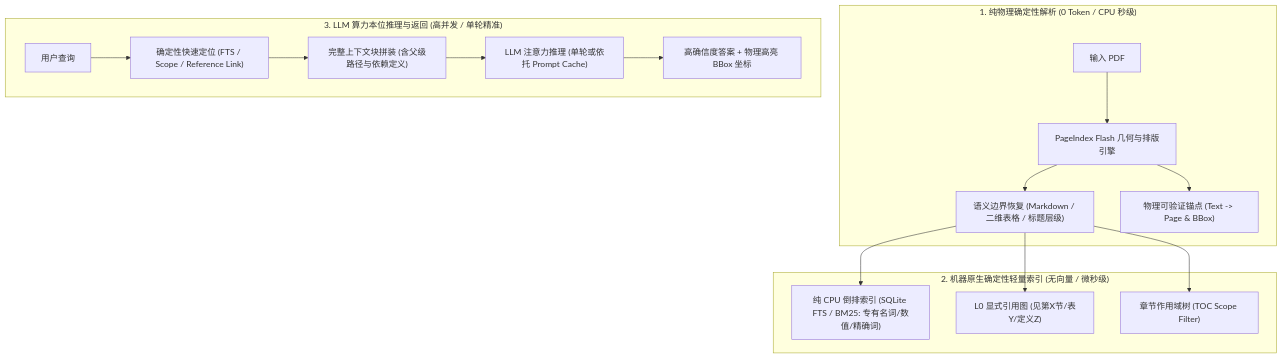
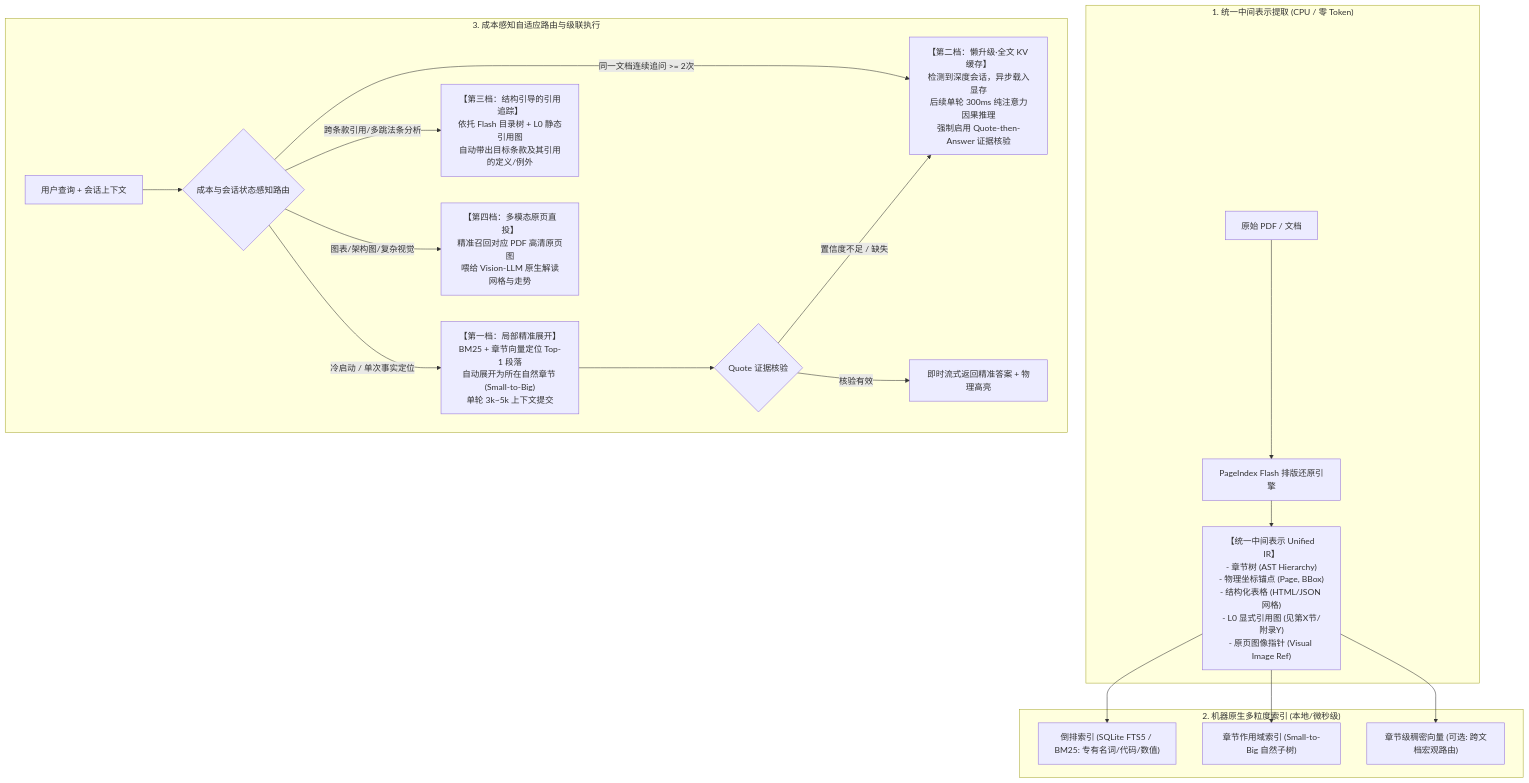
Before and after one commit to forpersuit/Mycelium: the diagram in docs/explore/llm-native-document-retrieval-analysis.md, drawn with Mermaid. The commit also changed other lines of this file, not shown here.

````diff
--- a/docs/explore/llm-native-document-retrieval-analysis.md
+++ b/docs/explore/llm-native-document-retrieval-analysis.md
@@ -67,21 +68,29 @@
 ```mermaid
 flowchart TD
-    subgraph S1["1. 纯物理确定性解析 (0 Token / CPU 秒级)"]
-        PDF["输入 PDF"] --> Flash["PageIndex Flash 几何与排版引擎"]
-        Flash --> Layout["语义边界恢复 (Markdown / 二维表格 / 标题层级)"]
-        Flash --> Anchors["物理可验证锚点 (Text -> Page & BBox)"]
+    subgraph Ingestion["1. 统一中间表示提取 (CPU / 零 Token)"]
+        PDF["原始 PDF / 文档"] --> Flash["PageIndex Flash 排版还原引擎"]
+        Flash --> IR["【统一中间表示 Unified IR】\n- 章节树 (AST Hierarchy)\n- 物理坐标锚点 (Page, BBox)\n- 结构化表格 (HTML/JSON 网格)\n- L0 显式引用图 (见第X节/附录Y)\n- 原页图像指针 (Visual Image Ref)"]
     end
 
-    subgraph S2["2. 机器原生确定性轻量索引 (无向量 / 微秒级)"]
-        Layout --> FTS["纯 CPU 倒排索引 (SQLite FTS / BM25: 专有名词/数值/精确词)"]
-        Layout --> RefGraph["L0 显式引用图 (见第X节/表Y/定义Z)"]
-        Layout --> ScopeTree["章节作用域树 (TOC Scope Filter)"]
+    subgraph Indexing["2. 机器原生多粒度索引 (本地/微秒级)"]
+        IR --> BM25["倒排索引 (SQLite FTS5 / BM25: 专有名词/代码/数值)"]
+        IR --> TreeIdx["章节作用域索引 (Small-to-Big 自然子树)"]
+        IR --> DenseIdx["章节级稠密向量 (可选: 跨文档宏观路由)"]
     end
 
-    subgraph S3["3. LLM 算力本位推理与返回 (高并发 / 单轮精准)"]
-        Query["用户查询"] --> Candidate["确定性快速定位 (FTS / Scope / Reference Link)"]
-        Candidate --> Assemble["完整上下文块拼装 (含父级路径与依赖定义)"]
-        Assemble --> AttentionEngine["LLM 注意力推理 (单轮或依托 Prompt Cache)"]
-        AttentionEngine --> Result["高确信度答案 + 物理高亮 BBox 坐标"]
+    subgraph QueryExecution["3. 成本感知自适应路由与级联执行"]
+        Query["用户查询 + 会话上下文"] --> Router{"成本与会话状态感知路由"}
+
+        Router -->|冷启动 / 单次事实定位| Tier1["【第一档：局部精准展开】\nBM25 + 章节向量定位 Top-1 段落\n自动展开为所在自然章节 (Small-to-Big)\n单轮 3k~5k 上下文提交"]
+        
+        Router -->|同一文档连续追问 >= 2次| Tier2["【第二档：懒升级·全文 KV 缓存】\n检测到深度会话，异步载入显存\n后续单轮 300ms 纯注意力因果推理\n强制启用 Quote-then-Answer 证据核验"]
+
+        Router -->|跨条款引用/多跳法条分析| Tier3["【第三档：结构引导的引用追踪】\n依托 Flash 目录树 + L0 静态引用图\n自动带出目标条款及其引用的定义/例外"]
+
+        Router -->|图表/架构图/复杂视觉| Tier4["【第四档：多模态原页直投】\n精准召回对应 PDF 高清原页图\n喂给 Vision-LLM 原生解读网格与走势"]
+
+        Tier1 --> Verify{"Quote 证据核验"}
+        Verify -->|核验有效| Out["即时流式返回精准答案 + 物理高亮"]
+        Verify -->|置信度不足 / 缺失| Tier2
     end
 ```
````
